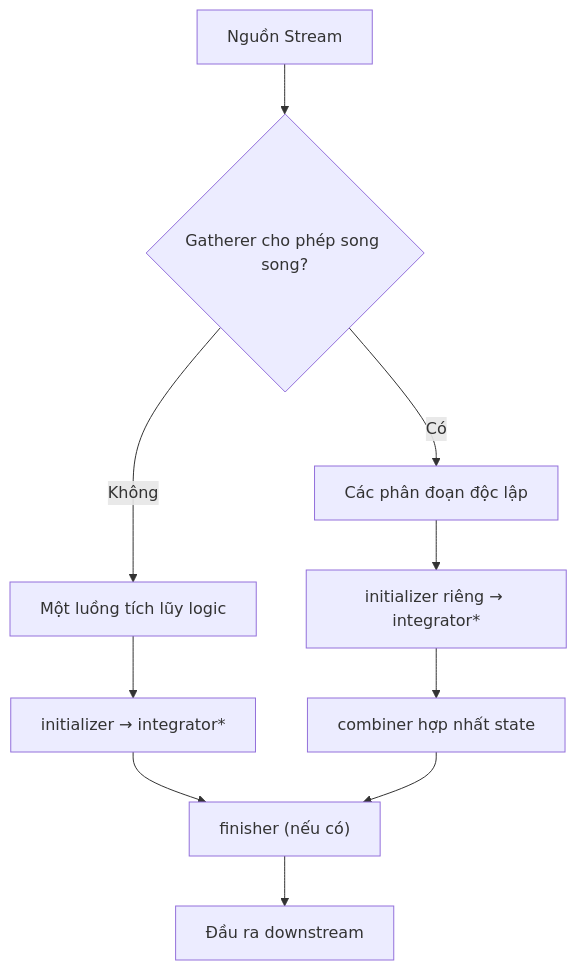
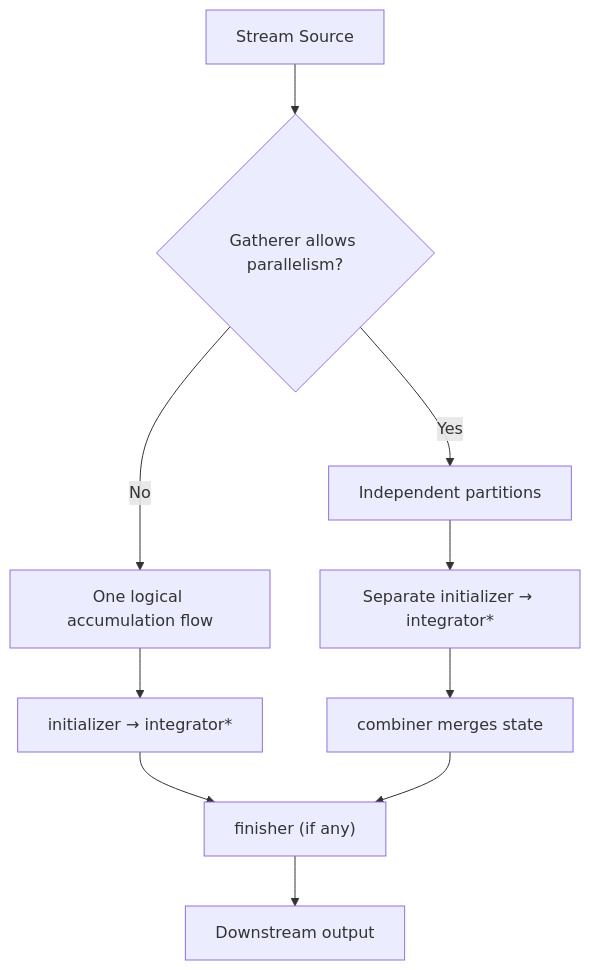
The diagram in module/platform/development/programming/language/java/core/stream-api/content/knowledge/en/26.custom-gatherers/custom-gatherers-002.md (phuongnguyenit93/learning-platform-data), drawn with Mermaid before and after one commit. The commit also changed other lines of this file and 2307 other files, not shown here.

```diff
--- a/module/platform/development/programming/language/java/core/stream-api/content/knowledge/en/26.custom-gatherers/custom-gatherers-002.md
+++ b/module/platform/development/programming/language/java/core/stream-api/content/knowledge/en/26.custom-gatherers/custom-gatherers-002.md
@@ -149,12 +149,12 @@
 ~~~mermaid
 flowchart TD
-    A["Nguồn Stream"] --> B{"Gatherer cho phép song song?"}
-    B -->|Không| C["Một luồng tích lũy logic"]
-    B -->|Có| D["Các phân đoạn độc lập"]
+    A["Stream Source"] --> B{"Gatherer allows parallelism?"}
+    B -->|No| C["One logical accumulation flow"]
+    B -->|Yes| D["Independent partitions"]
     C --> E["initializer → integrator*"]
-    D --> F["initializer riêng → integrator*"]
-    F --> G["combiner hợp nhất state"]
-    E --> H["finisher (nếu có)"]
+    D --> F["Separate initializer → integrator*"]
+    F --> G["combiner merges state"]
+    E --> H["finisher (if any)"]
     G --> H
-    H --> I["Đầu ra downstream"]
+    H --> I["Downstream output"]
 ~~~
```
